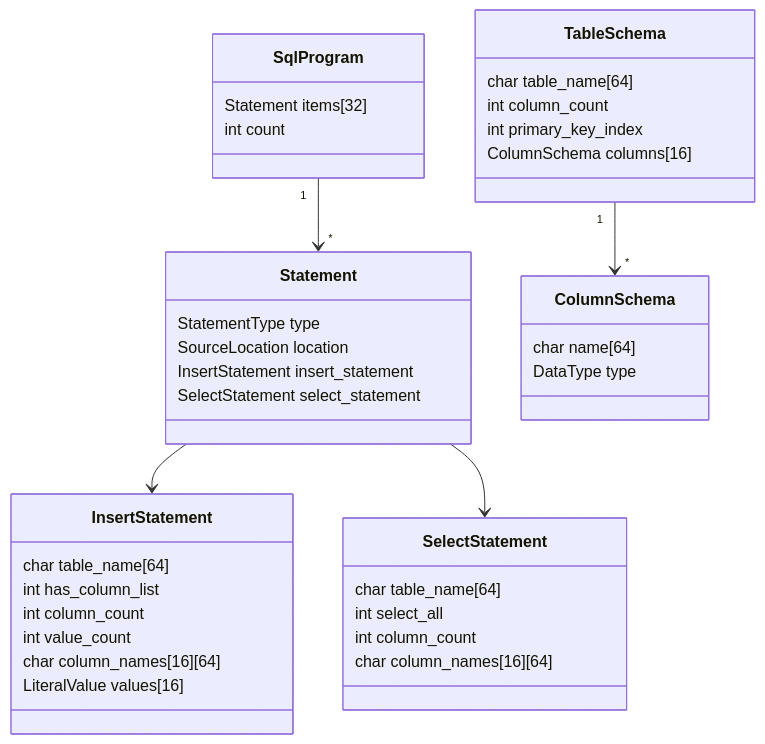
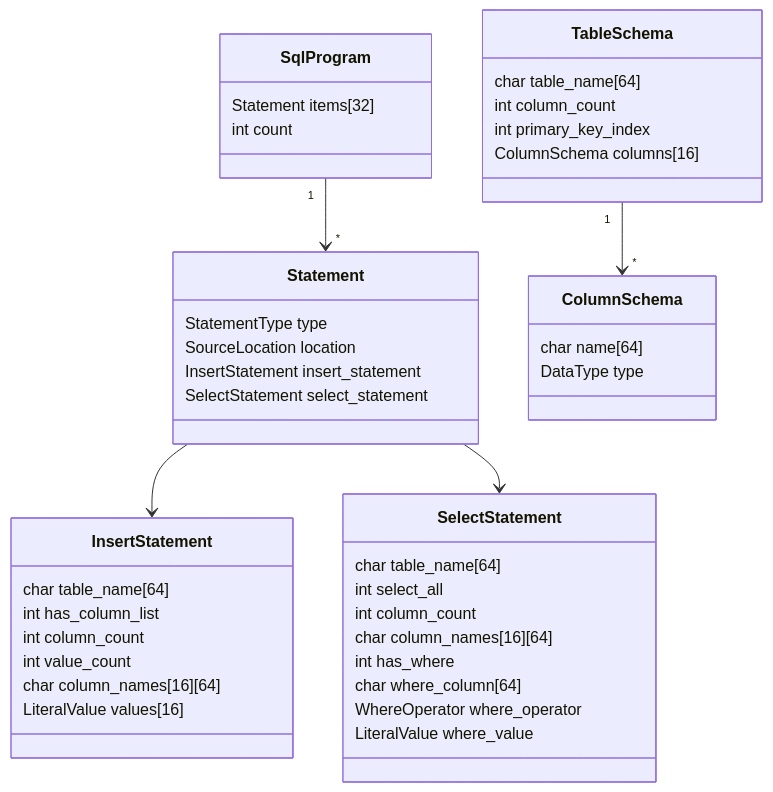
The third of 11 diagrams in GUIDE.md (Jungle-12-303/week7-02-sql-index), drawn with Mermaid before and after one commit. The commit also changed other lines of this file and 10 other files, not shown here.

````diff
--- a/GUIDE.md
+++ b/GUIDE.md
@@ -233,42 +267,46 @@
 ```mermaid
 classDiagram
     class SqlProgram {
         Statement items[32]
         int count
     }
     class Statement {
         StatementType type
         SourceLocation location
         InsertStatement insert_statement
         SelectStatement select_statement
     }
     class InsertStatement {
         char table_name[64]
         int has_column_list
         int column_count
         int value_count
         char column_names[16][64]
         LiteralValue values[16]
     }
     class SelectStatement {
         char table_name[64]
         int select_all
         int column_count
         char column_names[16][64]
+        int has_where
+        char where_column[64]
+        WhereOperator where_operator
+        LiteralValue where_value
     }
     class TableSchema {
         char table_name[64]
         int column_count
         int primary_key_index
         ColumnSchema columns[16]
     }
     class ColumnSchema {
         char name[64]
         DataType type
     }
 
     SqlProgram "1" --> "*" Statement
     Statement --> InsertStatement
     Statement --> SelectStatement
     TableSchema "1" --> "*" ColumnSchema
 ```
````
